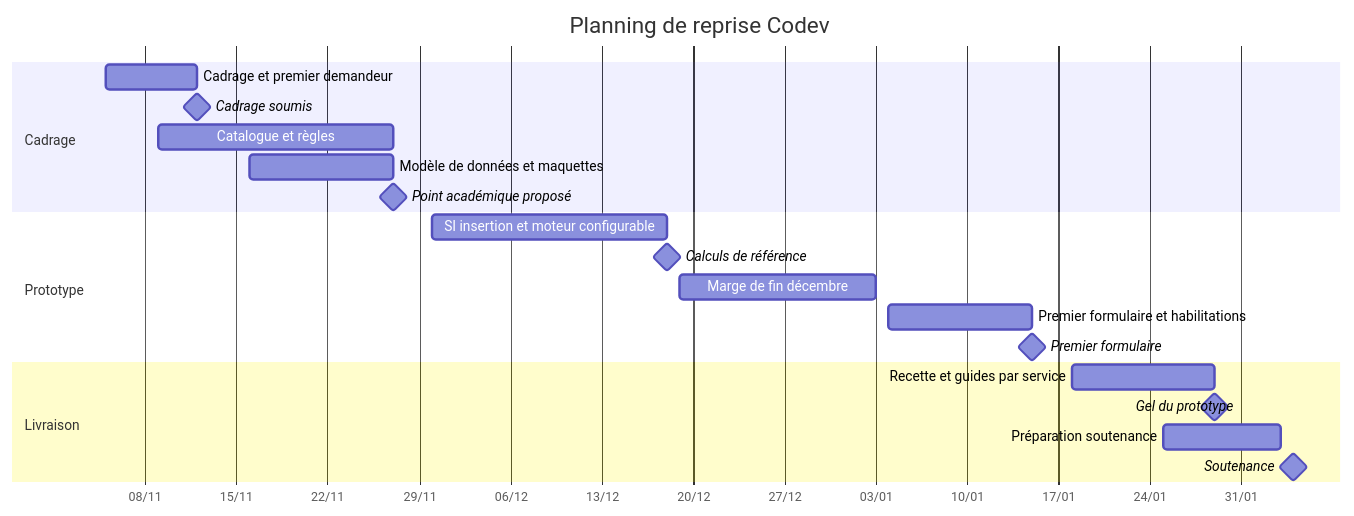
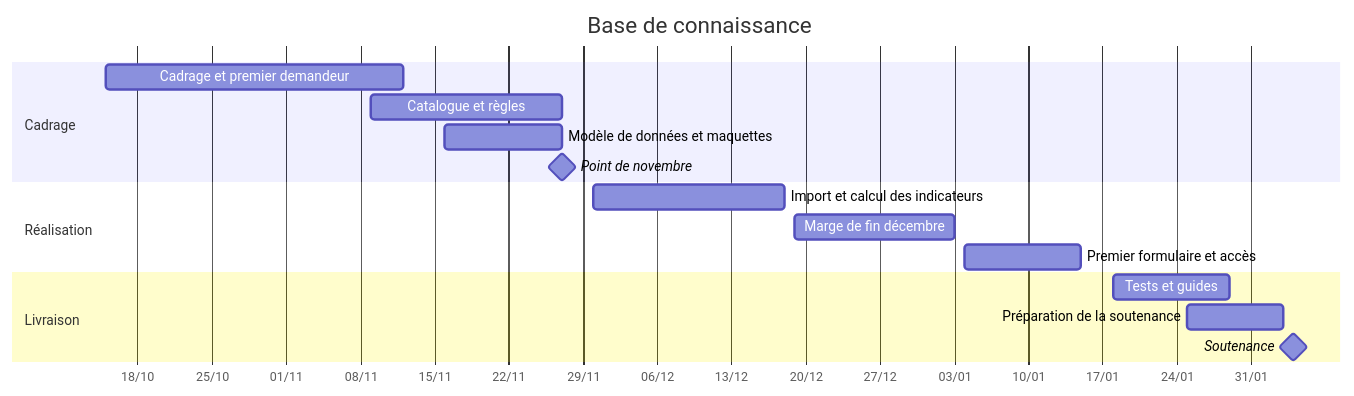
The diagram in docs/planning.md (Flavien241/base-de-connaissance), drawn with Mermaid before and after one commit. The commit also changed other lines of this file and 12 other files, not shown here.

````diff
--- a/docs/planning.md
+++ b/docs/planning.md
@@ -15,23 +7,19 @@
 ```mermaid
 gantt
-    title Planning de reprise Codev
+    title Base de connaissance
     dateFormat YYYY-MM-DD
     axisFormat %d/%m
     section Cadrage
-    Cadrage et premier demandeur       :c1, 2026-11-05, 2026-11-12
-    Cadrage soumis                    :milestone, 2026-11-12, 0d
+    Cadrage et premier demandeur       :c1, 2026-10-15, 2026-11-12
     Catalogue et règles               :c2, 2026-11-09, 2026-11-27
-    Modèle de données et maquettes    :c3, 2026-11-16, 2026-11-27
-    Point académique proposé          :milestone, 2026-11-27, 0d
-    section Prototype
-    SI insertion et moteur configurable :p1, 2026-11-30, 2026-12-18
-    Calculs de référence               :milestone, 2026-12-18, 0d
+    Modèle de données et maquettes     :c3, 2026-11-16, 2026-11-27
+    Point de novembre                 :milestone, 2026-11-27, 0d
+    section Réalisation
+    Import et calcul des indicateurs  :p1, 2026-11-30, 2026-12-18
     Marge de fin décembre             :2026-12-19, 2027-01-03
-    Premier formulaire et habilitations :p2, 2027-01-04, 2027-01-15
-    Premier formulaire                :milestone, 2027-01-15, 0d
+    Premier formulaire et accès       :p2, 2027-01-04, 2027-01-15
     section Livraison
-    Recette et guides par service     :r1, 2027-01-18, 2027-01-29
-    Gel du prototype                  :milestone, 2027-01-29, 0d
-    Préparation soutenance            :r2, 2027-01-25, 2027-02-03
+    Tests et guides                   :r1, 2027-01-18, 2027-01-29
+    Préparation de la soutenance      :r2, 2027-01-25, 2027-02-03
     Soutenance                        :milestone, 2027-02-04, 0d
 ```
````
